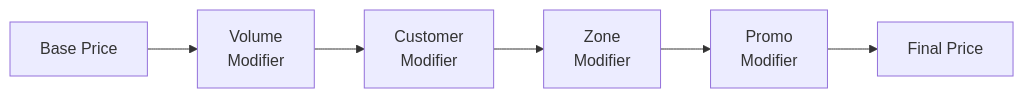
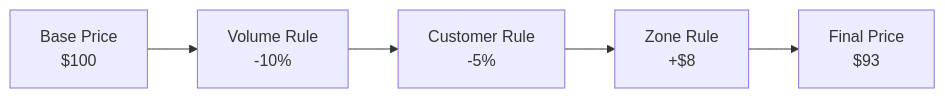
Before and after one commit to codedventuresptyltd/foundry: the second of 2 diagrams in docs/core/pricing-models.md, drawn with Mermaid. The commit also changed other lines of this file and 26 other files, not shown here.

````diff
--- a/docs/core/pricing-models.md
+++ b/docs/core/pricing-models.md
@@ -22,8 +84,7 @@
 ```mermaid
 flowchart LR
-    BASE[Base Price] --> VOL[Volume<br/>Modifier]
-    VOL --> CUST[Customer<br/>Modifier]
-    CUST --> ZONE[Zone<br/>Modifier]
-    ZONE --> PROMO[Promo<br/>Modifier]
-    PROMO --> FINAL[Final Price]
+    BASE[Base Price<br/>$100] --> VOL[Volume Rule<br/>-10%]
+    VOL --> CUST[Customer Rule<br/>-5%]
+    CUST --> ZONE[Zone Rule<br/>+$8]
+    ZONE --> FINAL[Final Price<br/>$93]
 ```
````
